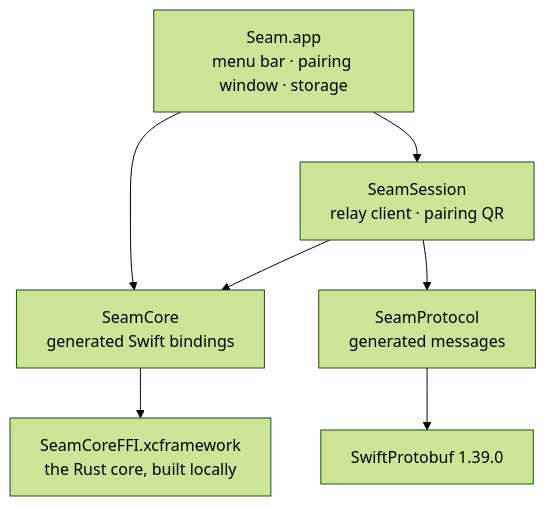
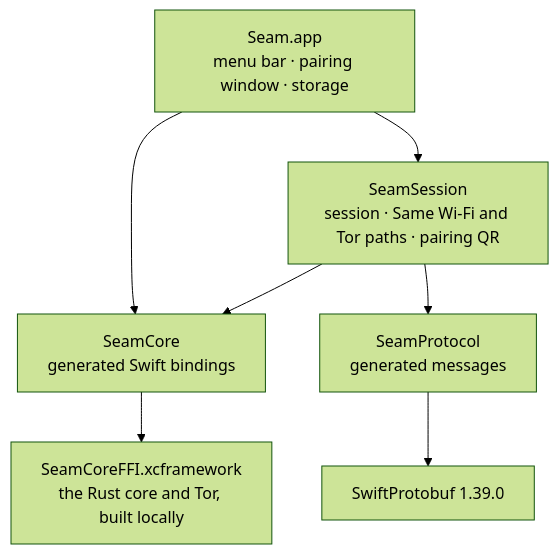
Before and after one commit to aveterosystems/seam: the diagram in apps/mac/README.md, drawn with Mermaid (forest theme). The commit also changed other lines of this file and 75 other files, not shown here.

First line of the commit message:
Remove the retired relay; docs describe Same Wi‑Fi and Tor only (#48)

````diff
--- a/apps/mac/README.md
+++ b/apps/mac/README.md
@@ -9,9 +9,9 @@
 ```mermaid
 flowchart TB
-    App["Seam.app<br/>menu bar · pairing window · storage"] --> SS["SeamSession<br/>relay client · pairing QR"]
+    App["Seam.app<br/>menu bar · pairing window · storage"] --> SS["SeamSession<br/>session · Same Wi‑Fi and Tor paths · pairing QR"]
     App --> SC
     SS --> SC["SeamCore<br/>generated Swift bindings"]
     SS --> SP["SeamProtocol<br/>generated messages"]
-    SC --> FFI["SeamCoreFFI.xcframework<br/>the Rust core, built locally"]
+    SC --> FFI["SeamCoreFFI.xcframework<br/>the Rust core and Tor, built locally"]
     SP --> SPB["SwiftProtobuf 1.39.0"]
 ```
````
